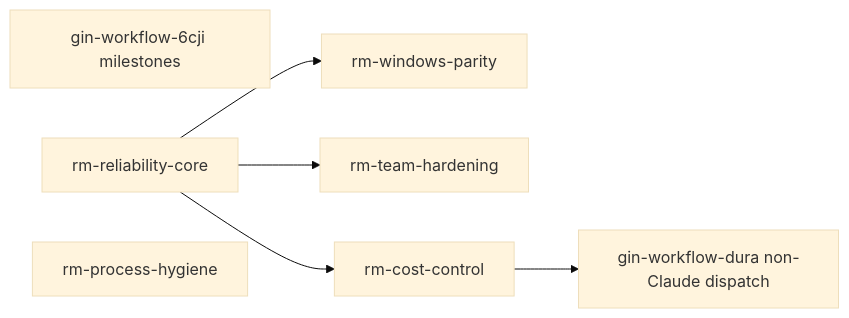
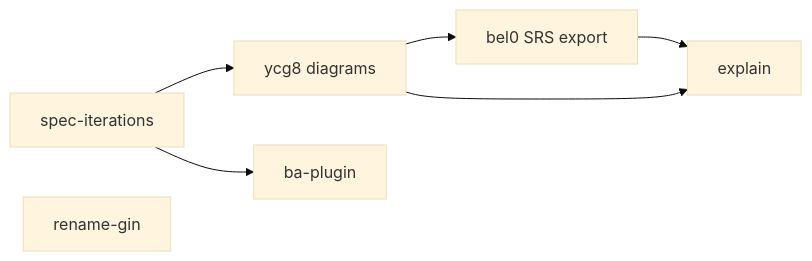
Before and after one commit to giangdhwhtbr/gin-workflow: the diagram in .planning/roadmap.md, drawn with Mermaid (base theme). The commit also changed other lines of this file, not shown here.

Commit message:
docs(roadmap): BA enhancement roadmap for milestone gin-workflow-96sx

````diff
--- a/.planning/roadmap.md
+++ b/.planning/roadmap.md
@@ -33,8 +36,9 @@
 ```mermaid
 flowchart LR
-    M[gin-workflow-6cji milestones]
-    A[rm-reliability-core] --> B[rm-windows-parity]
-    A --> C[rm-team-hardening]
-    A --> D[rm-cost-control] --> X[gin-workflow-dura non-Claude dispatch]
-    E[rm-process-hygiene]
+    A[spec-iterations] --> B[ycg8 diagrams]
+    A --> C[ba-plugin]
+    B --> D[bel0 SRS export]
+    D --> E[explain]
+    B --> E
+    R[rename-gin]
 ```
````
